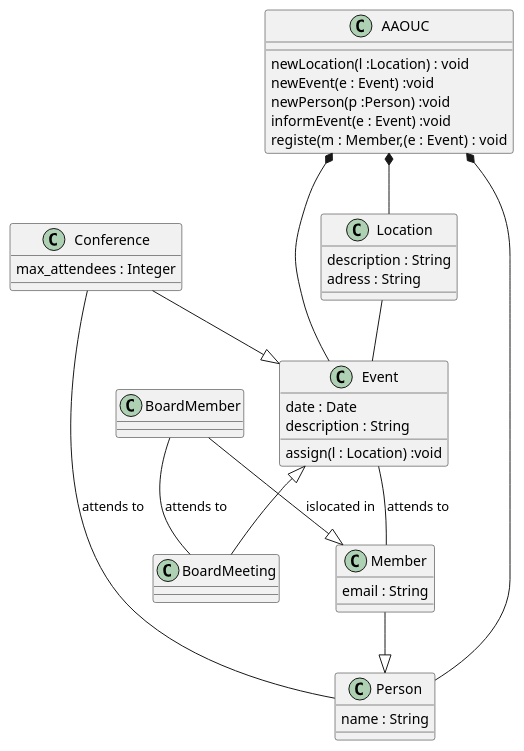
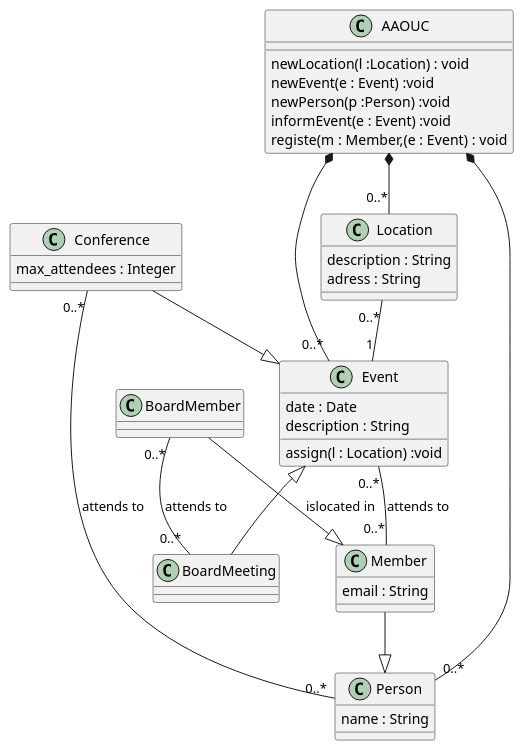
Before and after one commit to Carlosmanuelpre/PLANumlCarlosPerez: the diagram in src/plantUMLCarlosPerez.puml, drawn with PlantUML.

Commit message:
Apartado 4, Por ultimo he eliminado los metodos de la clase como en el ejemplo del ejercicio y he añadido las navegavilidades de las correspondientes

```diff
--- a/src/plantUMLCarlosPerez.puml
+++ b/src/plantUMLCarlosPerez.puml
@@ -1,56 +1,56 @@
 @startuml
 class Member {
 email : String
 }
 
 class BoardMember {
 
 }
 
 class Event {
 date : Date
 description : String
 assign(l : Location) :void
 
 }
 
 class Conference {
 max_attendees : Integer
 
 }
 
 class BoardMeeting {
 }
 
 class Location {
 description : String
 adress : String
 
 }
 
 class Person {
 name : String
 }
 
 class AAOUC {
 newLocation(l :Location) : void
 newEvent(e : Event) :void
 newPerson(p :Person) :void
 informEvent(e : Event) :void
 registe(m : Member,(e : Event) : void
 }
 
 Event <|-- BoardMeeting
 Conference --|> Event
 BoardMember --|> Member: islocated in
 Member --|> Person
-Location -- Event
-Event -- Member: attends to
-Conference -- Person: attends to
-BoardMember -- BoardMeeting: attends to
-AAOUC *-- Event
-AAOUC *-- Location
-AAOUC *-- Person
+Location"0..*"  -- "1"Event
+Event"0..*"  -- "0..*" Member: attends to
+Conference "0..*" -- "0..*" Person: attends to
+BoardMember"0..*"  -- "0..*" BoardMeeting: attends to
+AAOUC *--"0..*" Event
+AAOUC *--"0..*" Location
+AAOUC *-- "0..*" Person
 
 
 @enduml
```
